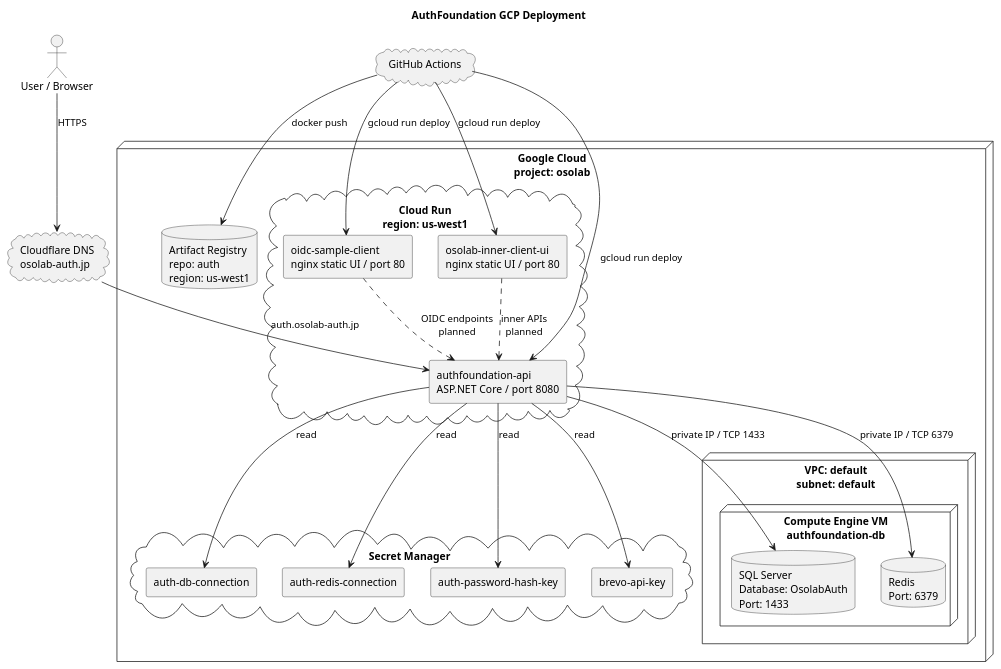
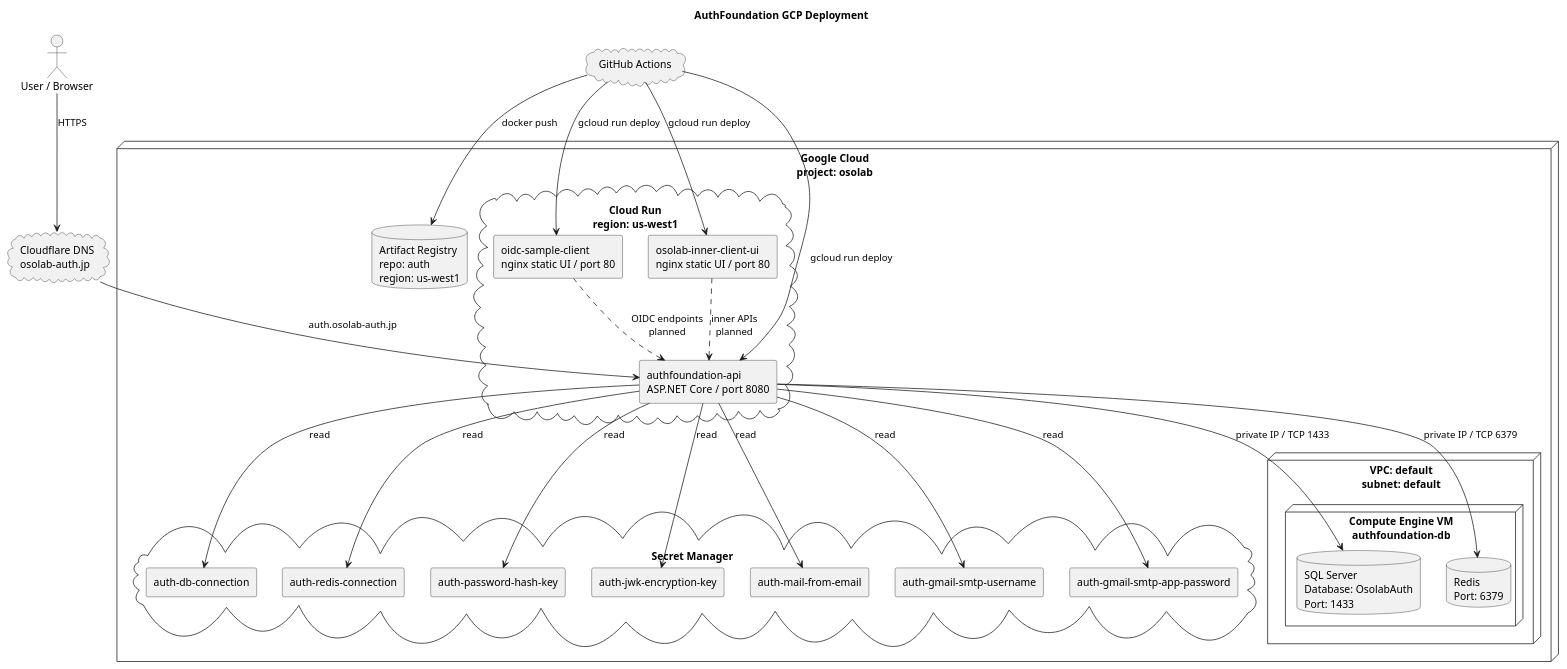
Before and after one commit to OsolabAuth/AuthDoc: the diagram in Architecture/GcpDeployment.md, drawn with PlantUML. The commit also changed other lines of this file and 26 other files, not shown here.

````diff
--- a/Architecture/GcpDeployment.md
+++ b/Architecture/GcpDeployment.md
@@ -6,58 +6,64 @@
 ```plantuml
 @startuml
 title AuthFoundation GCP Deployment
 
 skinparam componentStyle rectangle
 skinparam shadowing false
 
 actor "User / Browser" as user
 
 cloud "Cloudflare DNS\nosolab-auth.jp" as cloudflare
 
 node "Google Cloud\nproject: osolab" as gcp {
   cloud "Cloud Run\nregion: us-west1" as cloudrun {
     component "authfoundation-api\nASP.NET Core / port 8080" as authapi
     component "oidc-sample-client\nnginx static UI / port 80" as sampleui
     component "osolab-inner-client-ui\nnginx static UI / port 80" as innerui
   }
 
   database "Artifact Registry\nrepo: auth\nregion: us-west1" as registry
 
   cloud "Secret Manager" as secrets {
     component "auth-db-connection" as secdb
     component "auth-redis-connection" as secred
     component "auth-password-hash-key" as sechash
-    component "brevo-api-key" as secbrevo
+    component "auth-jwk-encryption-key" as secjwk
+    component "auth-mail-from-email" as secmailfrom
+    component "auth-gmail-smtp-username" as secgmailuser
+    component "auth-gmail-smtp-app-password" as secgmailpass
   }
 
   node "VPC: default\nsubnet: default" as vpc {
     node "Compute Engine VM\nauthfoundation-db" as vm {
       database "SQL Server\nDatabase: OsolabAuth\nPort: 1433" as sql
       database "Redis\nPort: 6379" as redis
     }
   }
 }
 
 cloud "GitHub Actions" as gha
 
 user --> cloudflare : HTTPS
 cloudflare --> authapi : auth.osolab-auth.jp
 
 gha --> registry : docker push
 gha --> authapi : gcloud run deploy
 gha --> sampleui : gcloud run deploy
 gha --> innerui : gcloud run deploy
 
 authapi --> secdb : read
 authapi --> secred : read
 authapi --> sechash : read
-authapi --> secbrevo : read
+authapi --> secjwk : read
+authapi --> secmailfrom : read
+authapi --> secgmailuser : read
+authapi --> secgmailpass : read
 
 authapi --> sql : private IP / TCP 1433
 authapi --> redis : private IP / TCP 6379
 
 sampleui ..> authapi : OIDC endpoints\nplanned
 innerui ..> authapi : inner APIs\nplanned
 
 @enduml
 ```
````
